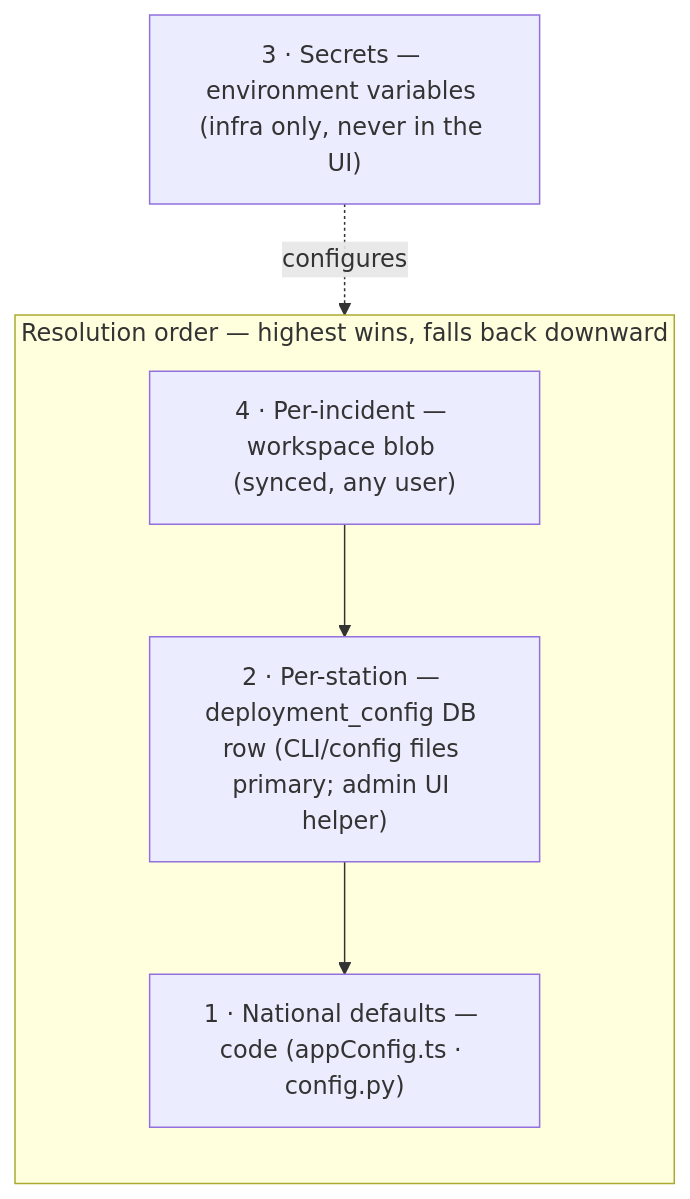
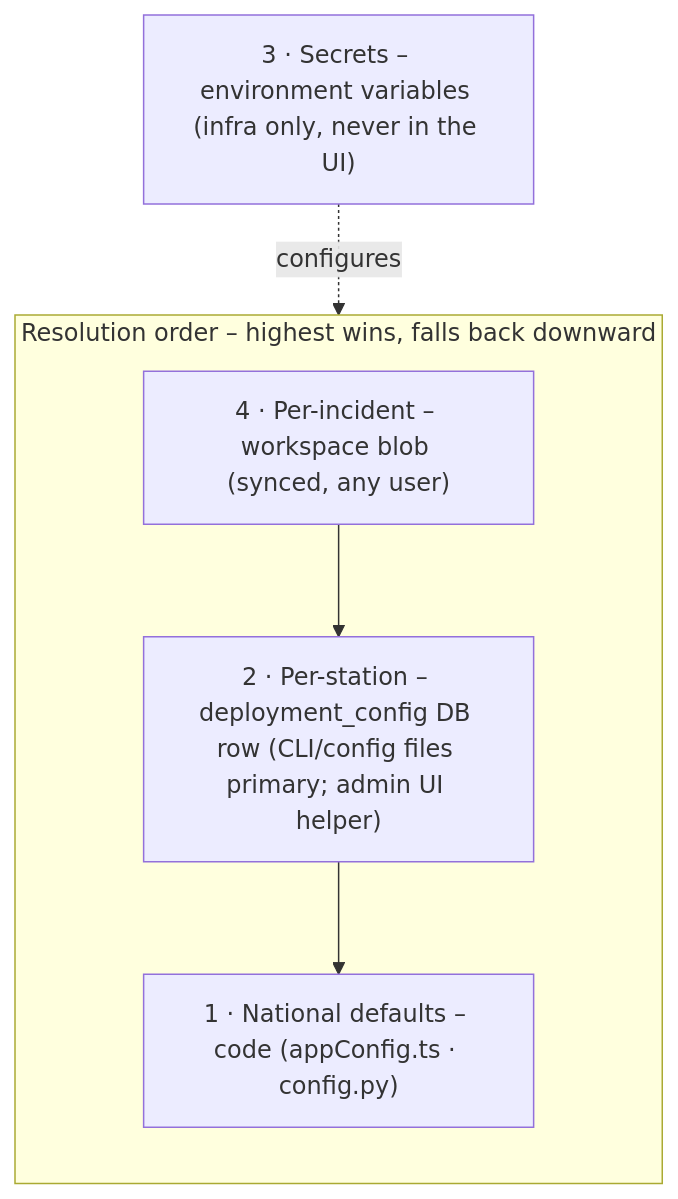
One commit to feuerwehr-oberwil/kp-front changed the third of 5 diagrams in docs/ARCHITECTURE.md. Above: the diagram before and after it, drawn with Mermaid. The commit also changed other lines of this file and 21 other files, not shown here.

````diff
--- a/docs/ARCHITECTURE.md
+++ b/docs/ARCHITECTURE.md
@@ -112,12 +112,12 @@
 ```mermaid
 flowchart TB
-  subgraph PREC["Resolution order — highest wins, falls back downward"]
+  subgraph PREC["Resolution order – highest wins, falls back downward"]
     direction TB
-    L4["4 · Per-incident — workspace blob (synced, any user)"]
-    L2["2 · Per-station — deployment_config DB row (CLI/config files primary; admin UI helper)"]
-    L1["1 · National defaults — code (appConfig.ts · config.py)"]
+    L4["4 · Per-incident – workspace blob (synced, any user)"]
+    L2["2 · Per-station – deployment_config DB row (CLI/config files primary; admin UI helper)"]
+    L1["1 · National defaults – code (appConfig.ts · config.py)"]
     L4 --> L2 --> L1
   end
-  L3["3 · Secrets — environment variables (infra only, never in the UI)"]
+  L3["3 · Secrets – environment variables (infra only, never in the UI)"]
   L3 -. "configures" .-> L2
 ```
````
